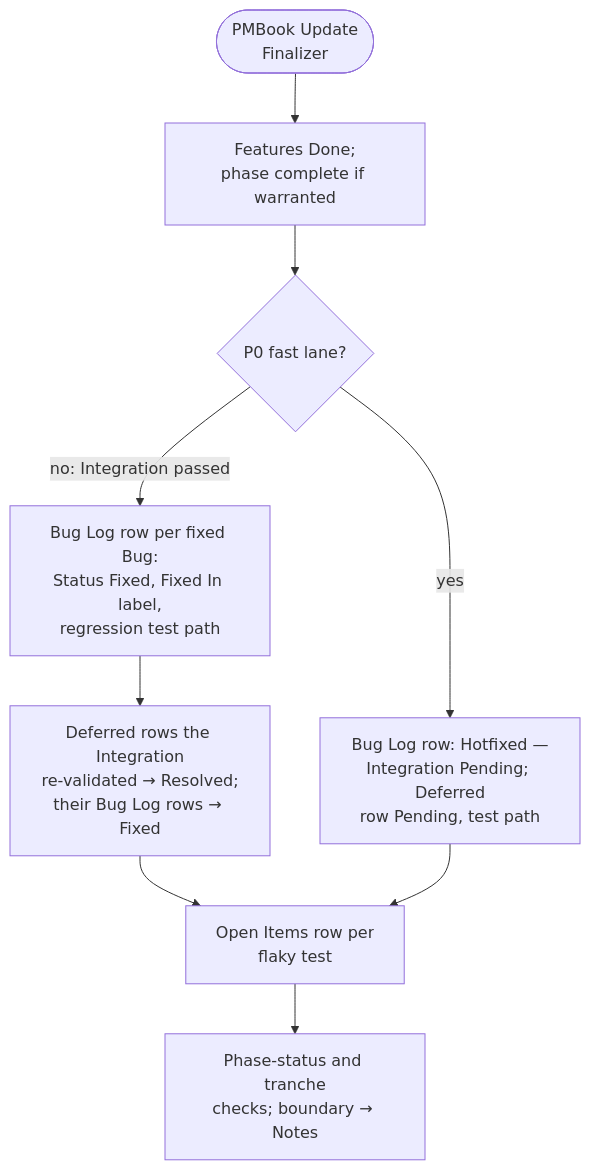
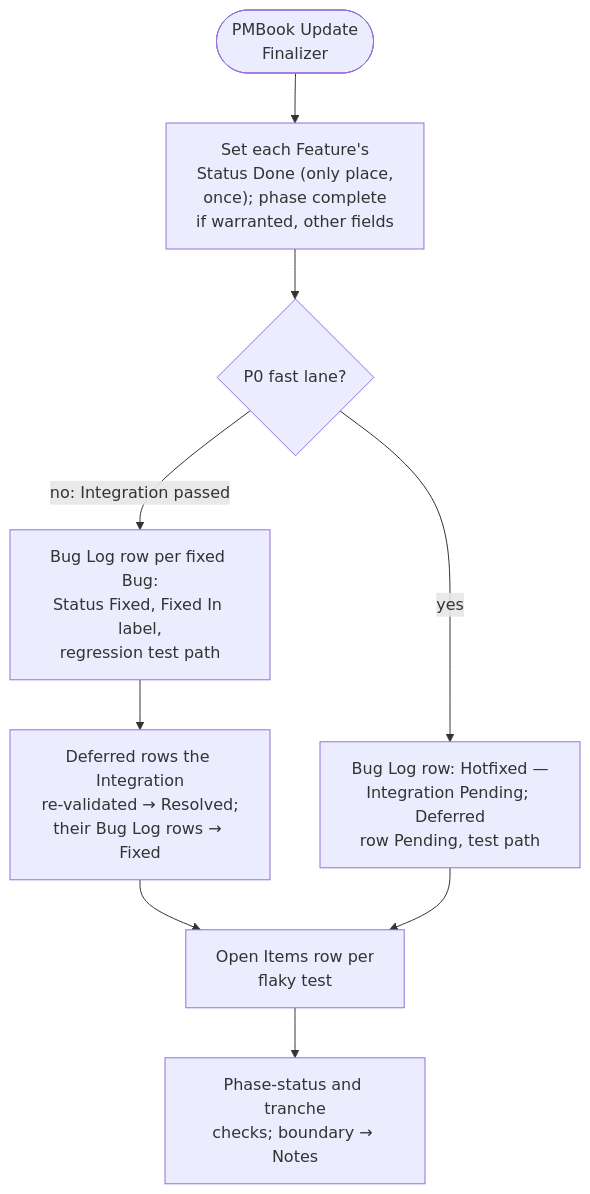
One commit to muhammedalikhan86/claude-stash changed the third of 3 diagrams in skills/orchestrator-development-pattern/mermaid/06-phase3-finalization.md. Above: the diagram before and after it, drawn with Mermaid. The commit also changed other lines of this file and 32 other files, not shown here.

````diff
--- a/skills/orchestrator-development-pattern/mermaid/06-phase3-finalization.md
+++ b/skills/orchestrator-development-pattern/mermaid/06-phase3-finalization.md
@@ -80,16 +87,16 @@
 ```mermaid
 flowchart TD
     In(["PMBook Update<br/>Finalizer"])
-    Feat["Features Done;<br/>phase complete if warranted"]
+    Feat["Set each Feature's<br/>Status Done (only place,<br/>once); phase complete<br/>if warranted, other fields"]
     Lane{"P0 fast lane?"}
     Bug["Bug Log row per fixed Bug:<br/>Status Fixed, Fixed In label,<br/>regression test path"]
     Res["Deferred rows the Integration<br/>re-validated → Resolved;<br/>their Bug Log rows → Fixed"]
     Hot["Bug Log row: Hotfixed —<br/>Integration Pending; Deferred<br/>row Pending, test path"]
     Flaky["Open Items row per<br/>flaky test"]
     Tranche["Phase-status and tranche<br/>checks; boundary → Notes"]
 
     In --> Feat --> Lane
     Lane -->|"no: Integration passed"| Bug --> Res --> Flaky
     Lane -->|yes| Hot --> Flaky
     Flaky --> Tranche
 ```
````
